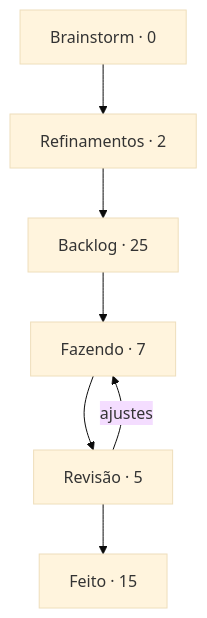
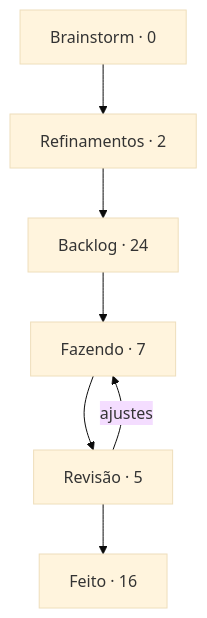
One commit to StudioVibi/VibiKanban changed the diagram in boards/dungeon-bend/BOARD.md. Above: the diagram before and after it, drawn with Mermaid (base theme). The commit also changed other lines of this file and 1 other file, not shown here.

Commit message:
board: DB-34 Backlog → Feito (@Leon-nis)

````diff
--- a/boards/dungeon-bend/BOARD.md
+++ b/boards/dungeon-bend/BOARD.md
@@ -5,12 +5,12 @@
 ```mermaid
 flowchart TD
   brainstorm["Brainstorm · 0"] --> refinamentos["Refinamentos · 2"]
-  refinamentos --> backlog["Backlog · 25"]
+  refinamentos --> backlog["Backlog · 24"]
   backlog --> doing["Fazendo · 7"]
   doing --> review["Revisão · 5"]
-  review --> done["Feito · 15"]
+  review --> done["Feito · 16"]
   review -->|ajustes| doing
   doing:::blue
   review:::yellow
   done:::green
 ```
````
